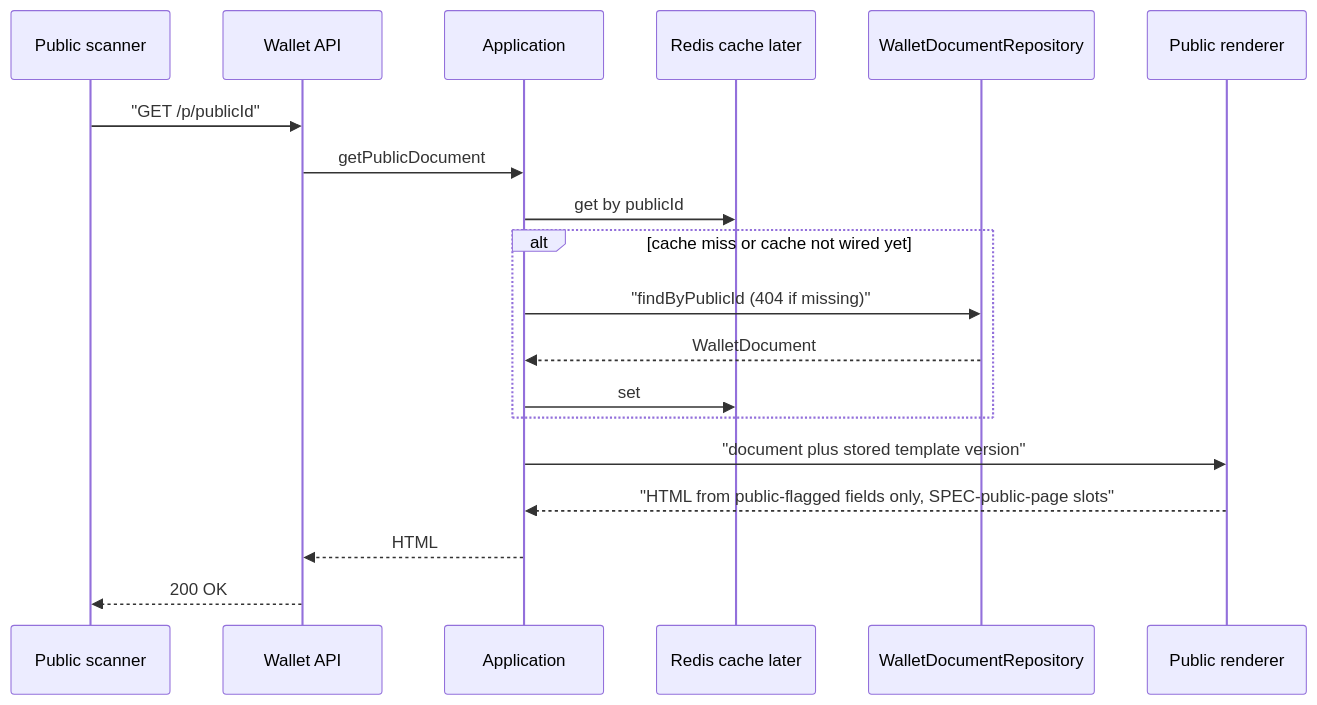
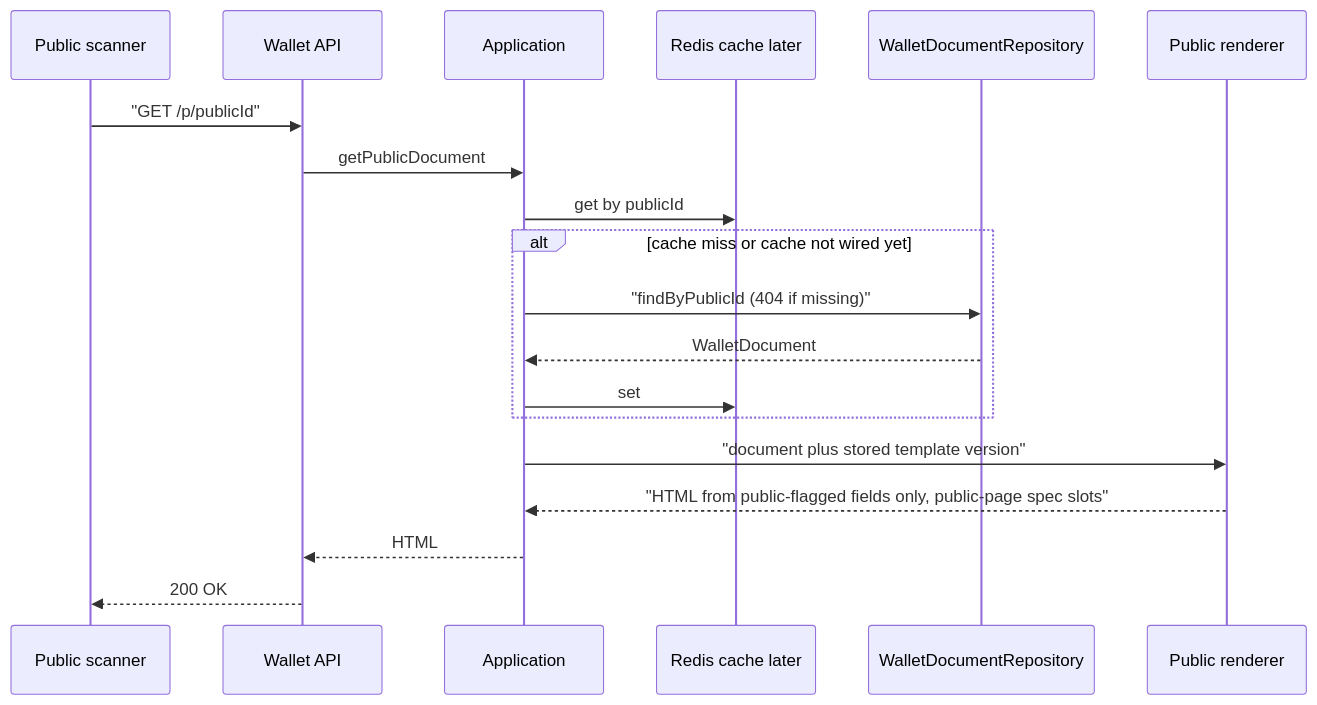
One commit to PetScreeningInc/mi-wallet-service changed the sixth of 6 diagrams in docs/DIAGRAMS.md. Above: the diagram before and after it, drawn with Mermaid. The commit also changed other lines of this file and 37 other files, not shown here.

````diff
--- a/docs/DIAGRAMS.md
+++ b/docs/DIAGRAMS.md
@@ -135,22 +135,22 @@
 ```mermaid
 sequenceDiagram
   participant Scanner as Public scanner
   participant API as Wallet API
   participant App as Application
   participant Cache as Redis cache later
   participant Repo as WalletDocumentRepository
   participant Render as Public renderer
 
   Scanner->>API: "GET /p/publicId"
   API->>App: getPublicDocument
   App->>Cache: get by publicId
   alt cache miss or cache not wired yet
     App->>Repo: "findByPublicId (404 if missing)"
     Repo-->>App: WalletDocument
     App->>Cache: set
   end
   App->>Render: "document plus stored template version"
-  Render-->>App: "HTML from public-flagged fields only, SPEC-public-page slots"
+  Render-->>App: "HTML from public-flagged fields only, public-page spec slots"
   App-->>API: HTML
   API-->>Scanner: 200 OK
 ```
````
